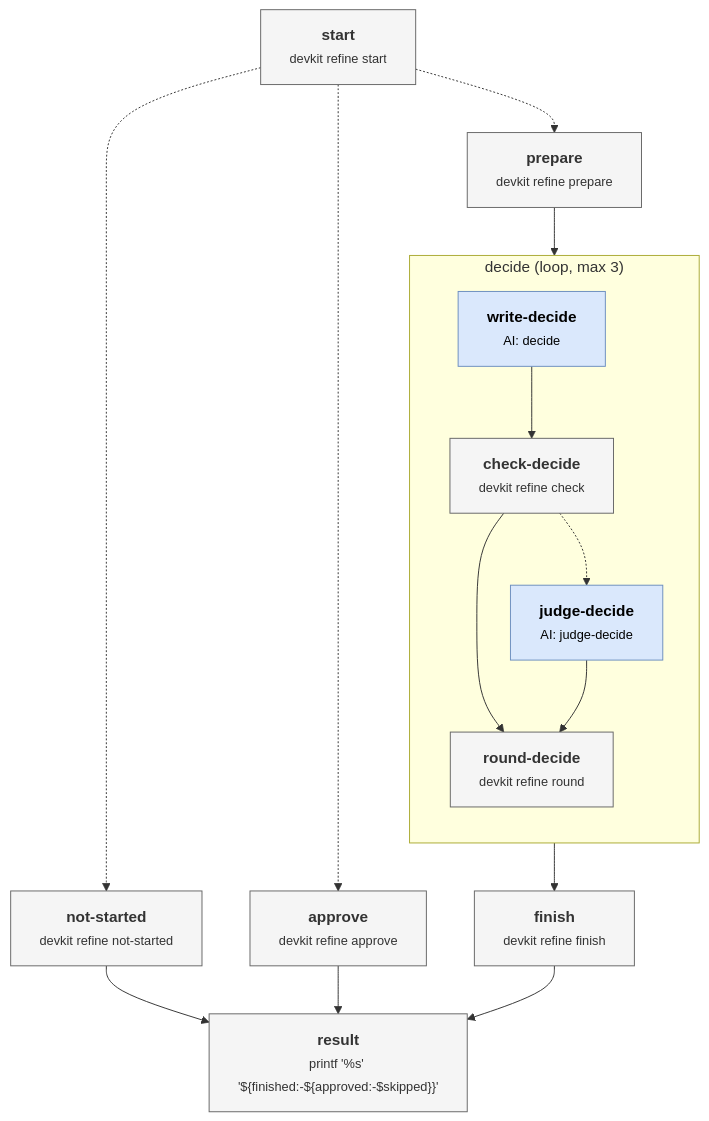
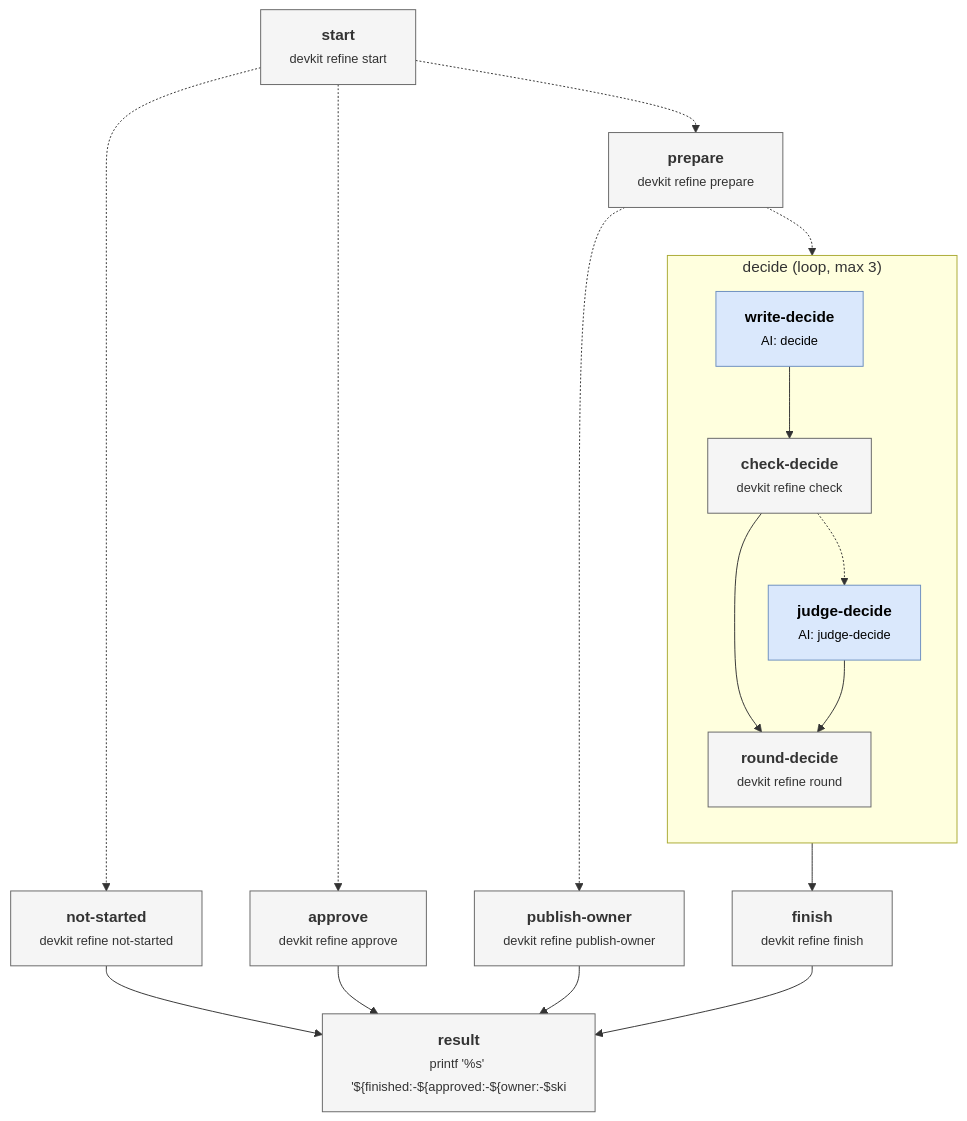
One commit to ildjenty/dev-kit changed the second of 10 diagrams in docs/workflows.md. Above: the diagram before and after it, drawn with Mermaid. The commit also changed other lines of this file and 27 other files, not shown here.

First line of the commit message:
Record the owner's own decisions without the refine writer and judge

````diff
--- a/docs/workflows.md
+++ b/docs/workflows.md
@@ -48,32 +48,35 @@
 ```mermaid
 flowchart TD
   classDef machine fill:#f5f5f5,stroke:#666,color:#333
   classDef ai fill:#dae8fc,stroke:#6c8ebf,color:#000
   classDef loop fill:#fff8e1,stroke:#d6b656
   n_start["<b>start</b><br/><small>devkit refine start</small>"]:::machine
   n_not_started["<b>not-started</b><br/><small>devkit refine not-started</small>"]:::machine
   n_approve["<b>approve</b><br/><small>devkit refine approve</small>"]:::machine
   n_prepare["<b>prepare</b><br/><small>devkit refine prepare</small>"]:::machine
+  n_publish_owner["<b>publish-owner</b><br/><small>devkit refine publish-owner</small>"]:::machine
   subgraph n_decide ["decide (loop, max 3)"]
     direction TB
     n_decide_write_decide["<b>write-decide</b><br/><small>AI: decide</small>"]:::ai
     n_decide_check_decide["<b>check-decide</b><br/><small>devkit refine check</small>"]:::machine
     n_decide_judge_decide["<b>judge-decide</b><br/><small>AI: judge-decide</small>"]:::ai
     n_decide_round_decide["<b>round-decide</b><br/><small>devkit refine round</small>"]:::machine
     n_decide_write_decide --> n_decide_check_decide
     n_decide_check_decide -.-> n_decide_judge_decide
     n_decide_check_decide --> n_decide_round_decide
     n_decide_judge_decide --> n_decide_round_decide
   end
   class n_decide loop
   n_finish["<b>finish</b><br/><small>devkit refine finish</small>"]:::machine
-  n_result["<b>result</b><br/><small>printf '%s' '${finished:-${approved:-$skipped}}'</small>"]:::machine
+  n_result["<b>result</b><br/><small>printf '%s' '${finished:-${approved:-${owner:-$ski</small>"]:::machine
   n_start -.-> n_not_started
   n_start -.-> n_approve
   n_start -.-> n_prepare
-  n_prepare --> n_decide
+  n_prepare -.-> n_publish_owner
+  n_prepare -.-> n_decide
   n_decide --> n_finish
   n_not_started --> n_result
   n_approve --> n_result
+  n_publish_owner --> n_result
   n_finish --> n_result
 ```
````
